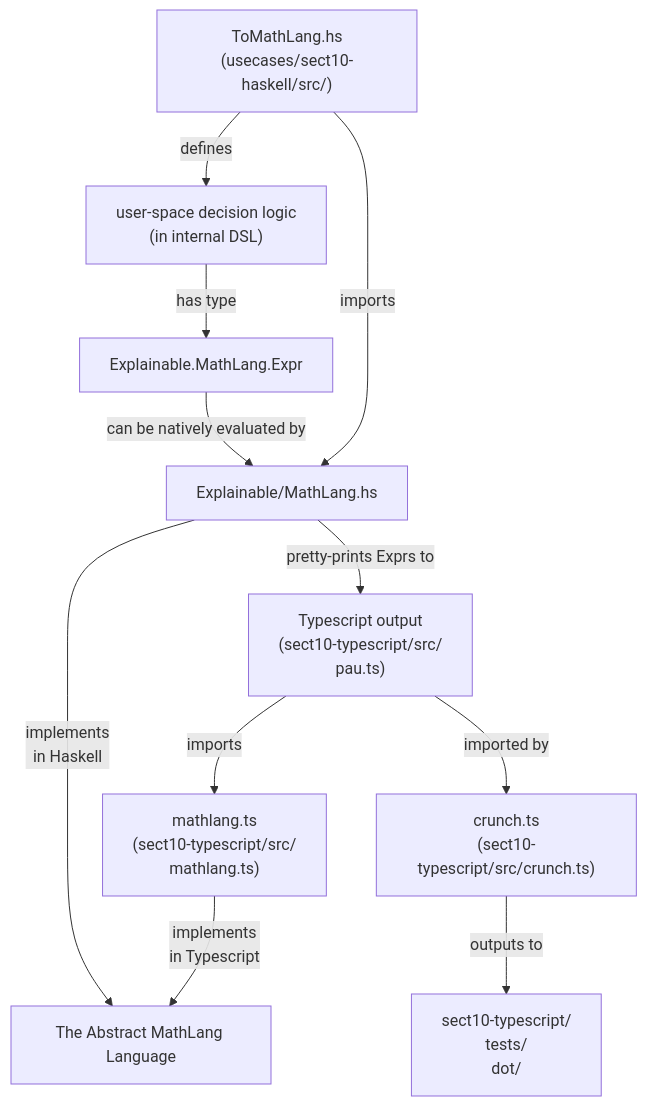
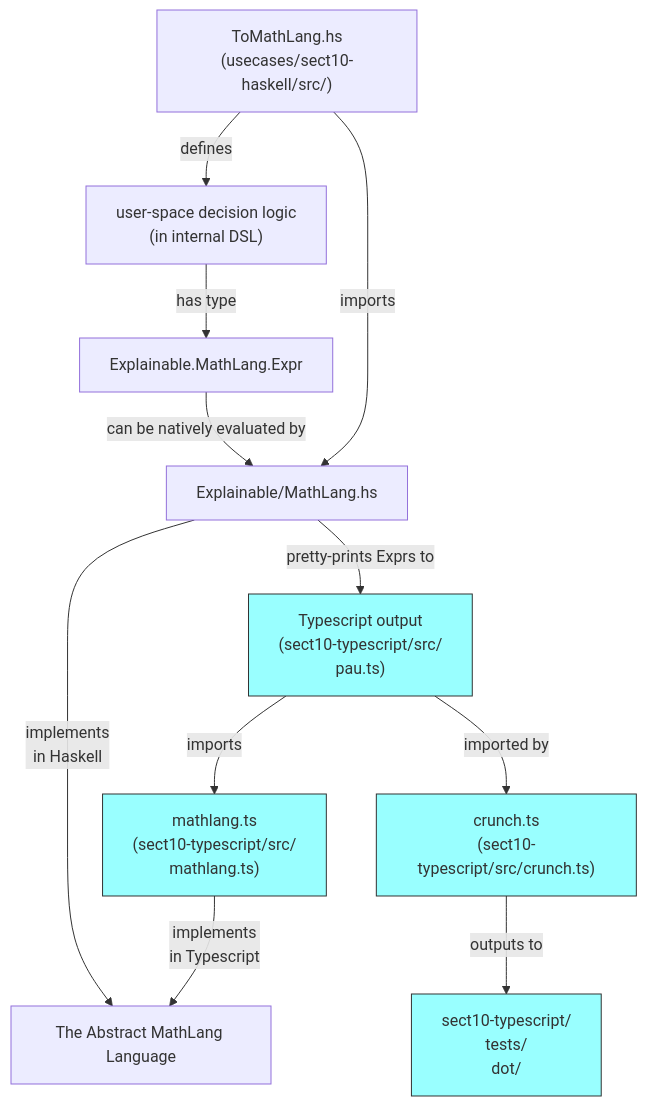
Before and after one commit to smucclaw/internal_docs: the first of 2 diagrams in docs/current_system/codebase/explainable.md, drawn with Mermaid. The commit also changed other lines of this file and 2 other files, not shown here.

Commit message:
improve diagrams

````diff
--- a/docs/current_system/codebase/explainable.md
+++ b/docs/current_system/codebase/explainable.md
@@ -42,25 +42,31 @@
 ``` mermaid
+
 graph TB;
+
+    classDef tsruntime fill:#9ff,stroke:#333;
+
     A1["ToMathLang.hs\n(usecases/sect10-haskell/src/)"]
 
     A1 -- "imports" --> B;
     B["Explainable/MathLang.hs"]
 
     A1 -- "defines" --> A2["user-space decision logic\n(in internal DSL)"]
 
     A2 -- "has type" --> A3["Explainable.MathLang.Expr"];
 
     A3 -- "can be natively evaluated by" -->B
 
     B -- "pretty-prints Exprs to" -->C["Typescript output\n(sect10-typescript/src/\npau.ts)"]
 
     C -- "imports" -->D["mathlang.ts\n(sect10-typescript/src/\nmathlang.ts)"]
 
     F["The Abstract MathLang Language"]
     D -- "implements\nin Typescript" -->F
     B -- "implements\nin Haskell"    -->F
 
     C -- "imported by" -->G["crunch.ts\n(sect10-typescript/src/crunch.ts)"]
 
     G -- "outputs to" -->H["sect10-typescript/\ntests/\ndot/"]
+
+    class C,G,H,D tsruntime
 ```
````
